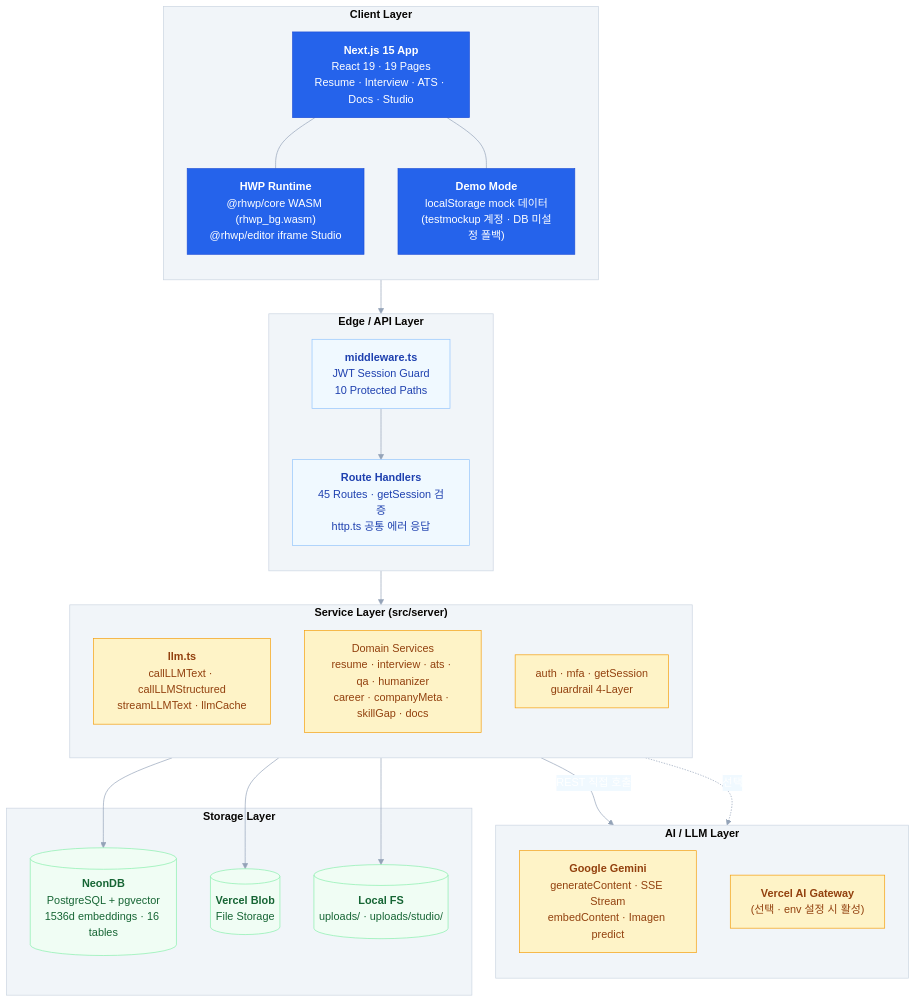
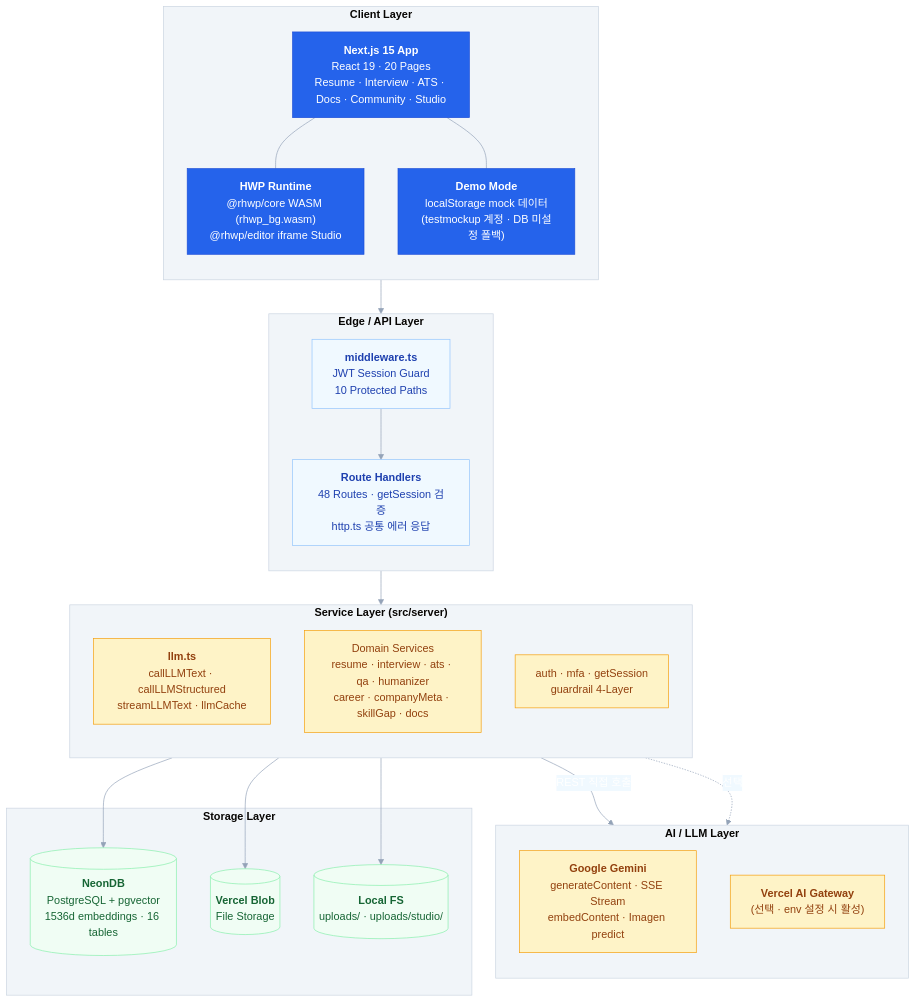
One commit to teamKairosdev/Kairos changed the first of 4 diagrams in README.md. Above: the diagram before and after it, drawn with Mermaid. The commit also changed other lines of this file and 29 other files, not shown here.

````diff
--- a/README.md
+++ b/README.md
@@ -16,55 +16,55 @@
 ```mermaid
 %%{init: {'theme':'base', 'themeVariables': { 'primaryColor': '#2563eb', 'primaryTextColor': '#fff', 'primaryBorderColor': '#1d4ed8', 'lineColor': '#94a3b8', 'secondaryColor': '#f0f9ff', 'tertiaryColor': '#f8fafc', 'clusterBkg': '#f1f5f9', 'clusterBorder': '#cbd5e1', 'nodeBorder': '#475569', 'nodeTextColor': '#1e293b'}}}%%
 flowchart TB
     subgraph Client["<b>Client Layer</b>"]
         direction TB
-        NEXT["<b>Next.js 15 App</b><br/>React 19 · 19 Pages<br/>Resume · Interview · ATS · Docs · Studio"]
+        NEXT["<b>Next.js 15 App</b><br/>React 19 · 20 Pages<br/>Resume · Interview · ATS · Docs · Community · Studio"]
         HWP["<b>HWP Runtime</b><br/>@rhwp/core WASM (rhwp_bg.wasm)<br/>@rhwp/editor iframe Studio"]
         DEMO["<b>Demo Mode</b><br/>localStorage mock 데이터<br/>(testmockup 계정 · DB 미설정 폴백)"]
     end
 
     subgraph Edge["<b>Edge / API Layer</b>"]
         direction TB
         MW["<b>middleware.ts</b><br/>JWT Session Guard<br/>10 Protected Paths"]
-        API["<b>Route Handlers</b><br/>45 Routes · getSession 검증<br/>http.ts 공통 에러 응답"]
+        API["<b>Route Handlers</b><br/>48 Routes · getSession 검증<br/>http.ts 공통 에러 응답"]
     end
 
     subgraph Services["<b>Service Layer (src/server)</b>"]
         direction TB
         LLM_SVC["<b>llm.ts</b><br/>callLLMText · callLLMStructured<br/>streamLLMText · llmCache"]
         DOMAIN["Domain Services<br/>resume · interview · ats · qa · humanizer<br/>career · companyMeta · skillGap · docs"]
         AUTH_SVC["auth · mfa · getSession<br/>guardrail 4-Layer"]
     end
 
     subgraph AI["<b>AI / LLM Layer</b>"]
         direction TB
         GEMINI["<b>Google Gemini</b><br/>generateContent · SSE Stream<br/>embedContent · Imagen predict"]
         GATEWAY["<b>Vercel AI Gateway</b><br/>(선택 · env 설정 시 활성)"]
     end
 
     subgraph Storage["<b>Storage Layer</b>"]
         NEON[("<b>NeonDB</b><br/>PostgreSQL + pgvector<br/>1536d embeddings · 16 tables")]
         BLOB[("<b>Vercel Blob</b><br/>File Storage")]
         LOCAL[("<b>Local FS</b><br/>uploads/ · uploads/studio/")]
     end
 
     NEXT --> MW
     MW --> API
     API --> Services
     LLM_SVC -->|"REST 직접 호출"| GEMINI
     LLM_SVC -.->|"선택"| GATEWAY
     Services --> NEON
     Services --> BLOB
     Services --> LOCAL
     NEXT --- HWP
     NEXT --- DEMO
 
     classDef primary fill:#2563eb,color:#fff,stroke:#1d4ed8
     classDef secondary fill:#f0f9ff,stroke:#93c5fd,color:#1e40af
     classDef accent fill:#fef3c7,stroke:#f59e0b,color:#92400e
     classDef storage fill:#f0fdf4,stroke:#86efac,color:#166534
     class NEXT,HWP,DEMO primary
     class MW,API secondary
     class LLM_SVC,DOMAIN,AUTH_SVC,GEMINI,GATEWAY accent
     class NEON,BLOB,LOCAL storage
 ```
````
